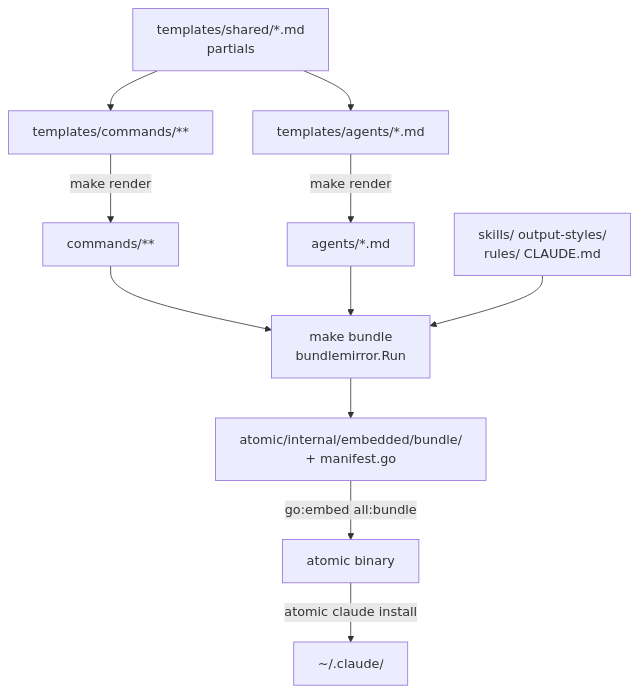
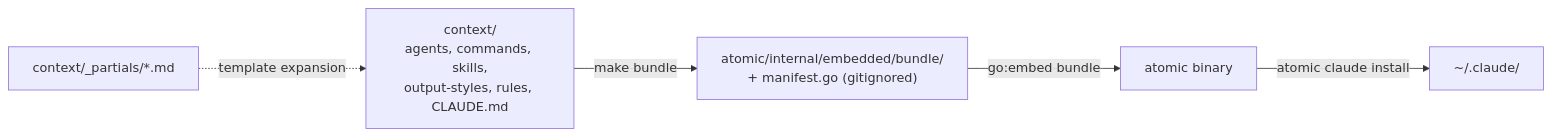
Before and after one commit to damusix/atomic-claude: the first of 2 diagrams in docs/wiki/bundle.md, drawn with Mermaid. The commit also changed other lines of this file and 128 other files, not shown here.

````diff
--- a/docs/wiki/bundle.md
+++ b/docs/wiki/bundle.md
@@ -23,17 +27,9 @@
 ```mermaid
-flowchart TD
-    TS["templates/shared/*.md<br/>partials"]
-    TC["templates/commands/**"]
-    TA["templates/agents/*.md"]
-    DIRECT["skills/  output-styles/<br/>rules/  CLAUDE.md"]
-    TS --> TC
-    TS --> TA
-    TC -->|make render| RC["commands/**"]
-    TA -->|make render| RA["agents/*.md"]
-    RC --> MIR["make bundle<br/>bundlemirror.Run"]
-    RA --> MIR
-    DIRECT --> MIR
-    MIR --> EMB["atomic/internal/embedded/bundle/<br/>+ manifest.go"]
-    EMB -->|"go:embed all:bundle"| BIN["atomic binary"]
-    BIN -->|atomic claude install| HOME["~/.claude/"]
+flowchart LR
+    PART["context/_partials/*.md"]
+    CTX["context/<br/>agents, commands, skills,<br/>output-styles, rules, CLAUDE.md"]
+    PART -.->|"template expansion"| CTX
+    CTX -->|"make bundle"| EMB["atomic/internal/embedded/bundle/<br/>+ manifest.go (gitignored)"]
+    EMB -->|"go:embed bundle"| BIN["atomic binary"]
+    BIN -->|"atomic claude install"| HOME["~/.claude/"]
 ```
````
